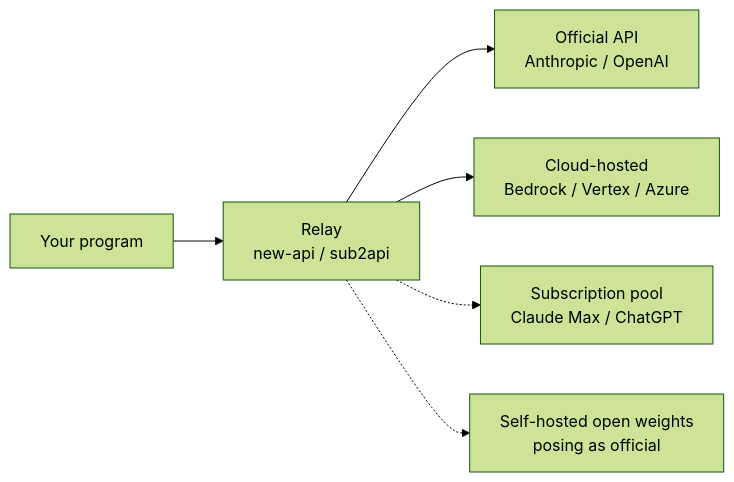
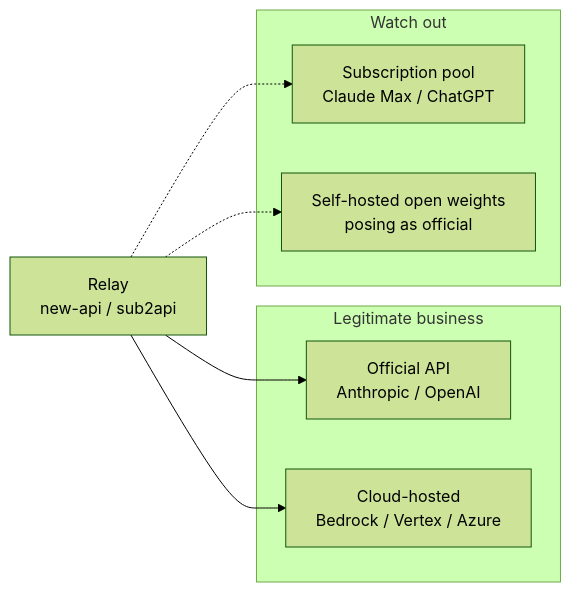
Before and after one commit to YouToco/zhuoqidev.com: the diagram in src/content/posts/verify-llm-relay-api/en.md, drawn with Mermaid (forest theme). The commit also changed other lines of this file and 35 other files, not shown here.

````diff
--- a/src/content/posts/verify-llm-relay-api/en.md
+++ b/src/content/posts/verify-llm-relay-api/en.md
@@ -45,8 +46,16 @@
 ```mermaid
 flowchart LR
-  A[Your program] --> B[Relay<br/>new-api / sub2api]
-  B --> C[Official API<br/>Anthropic / OpenAI]
-  B --> D[Cloud-hosted<br/>Bedrock / Vertex / Azure]
-  B -.-> E[Subscription pool<br/>Claude Max / ChatGPT]
-  B -.-> F[Self-hosted open weights<br/>posing as official]
+  B[Relay<br/>new-api / sub2api]
+  subgraph OK[Legitimate business]
+    C[Official API<br/>Anthropic / OpenAI]
+    D[Cloud-hosted<br/>Bedrock / Vertex / Azure]
+  end
+  subgraph RISK[Watch out]
+    E[Subscription pool<br/>Claude Max / ChatGPT]
+    F[Self-hosted open weights<br/>posing as official]
+  end
+  B --> C
+  B --> D
+  B -.-> E
+  B -.-> F
 ```
````
